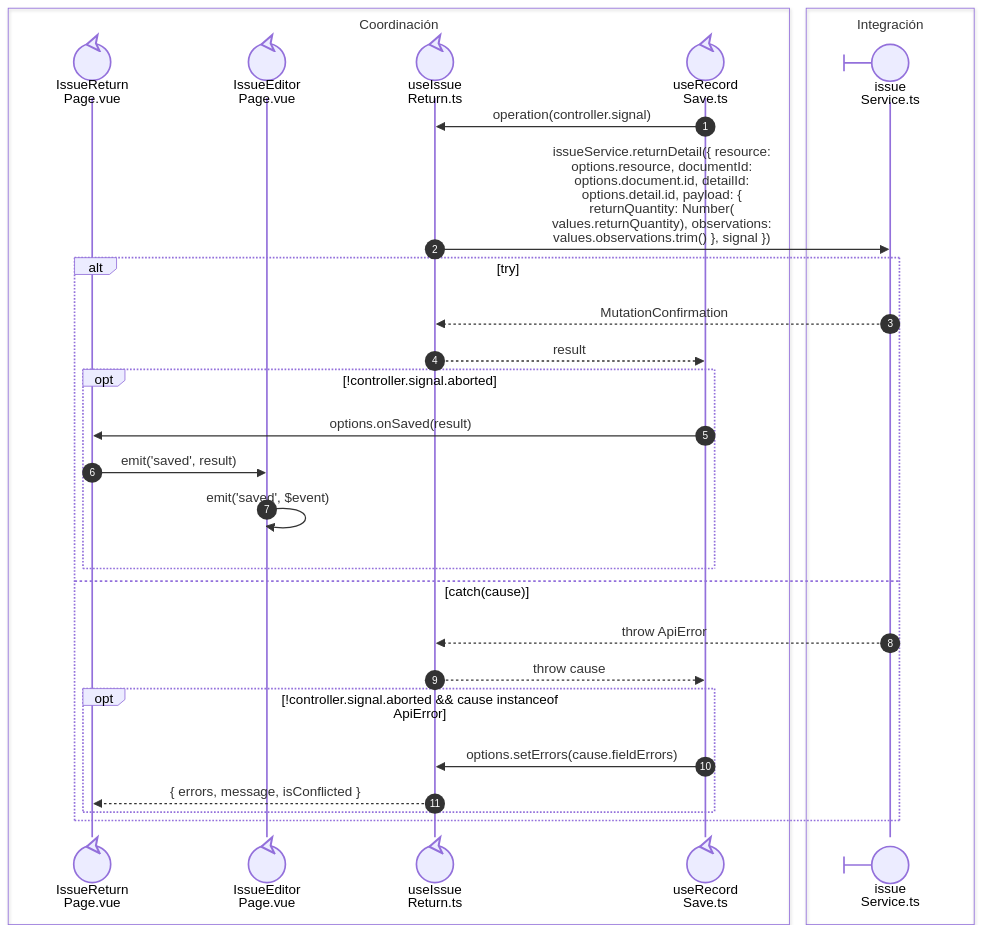
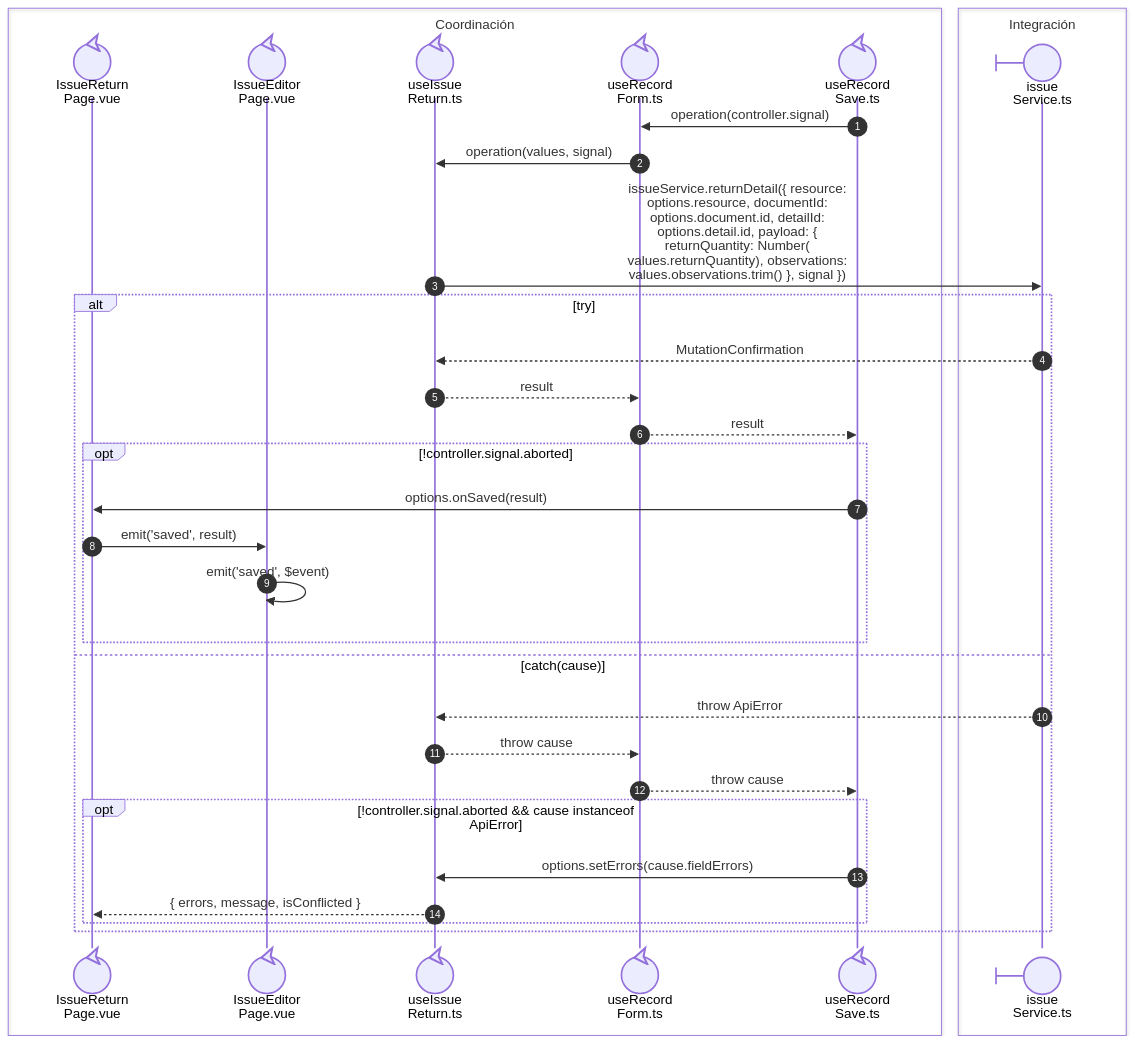
Before and after one commit to gpgsistemas01/nexus: the second of 2 diagrams in front/docs/architecture/views/processes/07-issues/03-issue-return.md, drawn with Mermaid. The commit also changed other lines of this file and 82 other files, not shown here.

````diff
--- a/front/docs/architecture/views/processes/07-issues/03-issue-return.md
+++ b/front/docs/architecture/views/processes/07-issues/03-issue-return.md
@@ -40,31 +41,35 @@
 ```mermaid
 sequenceDiagram
     autonumber
     box Coordinación
     participant Page@{ "type": "control" } as IssueReturn<br/>Page.vue
     participant Parent@{ "type": "control" } as IssueEditor<br/>Page.vue
     participant Return@{ "type": "control" } as useIssue<br/>Return.ts
+    participant Record@{ "type": "control" } as useRecord<br/>Form.ts
     participant Save@{ "type": "control" } as useRecord<br/>Save.ts
     end
     box Integración
     participant Service@{ "type": "boundary" } as issue<br/>Service.ts
     end
-    Save->>Return: nowrap: operation(controller.signal)
+    Save->>Record: nowrap: operation(controller.signal)
+    Record->>Return: nowrap: operation(values, signal)
     Return->>Service: nowrap: issueService.returnDetail({ resource:<br/>options.resource, documentId:<br/>options.document.id, detailId:<br/>options.detail.id, payload: {<br/>returnQuantity: Number(<br/>values.returnQuantity), observations:<br/>values.observations.trim() }, signal })
     alt nowrap: try
         Service-->>Return: nowrap: MutationConfirmation
-        Return-->>Save: nowrap: result
+        Return-->>Record: nowrap: result
+        Record-->>Save: nowrap: result
         opt nowrap: !controller.signal.aborted
             Save->>Page: nowrap: options.onSaved(result)
             Page->>Parent: nowrap: emit('saved', result)
             Parent->>Parent: nowrap: emit('saved', $event)
         end
     else nowrap: catch(cause)
         Service-->>Return: nowrap: throw ApiError
-        Return-->>Save: nowrap: throw cause
+        Return-->>Record: nowrap: throw cause
+        Record-->>Save: nowrap: throw cause
         opt nowrap: !controller.signal.aborted && cause instanceof<br/>ApiError
             Save->>Return: nowrap: options.setErrors(cause.fieldErrors)
             Return-->>Page: nowrap: { errors, message, isConflicted }
         end
     end
 ```
````
